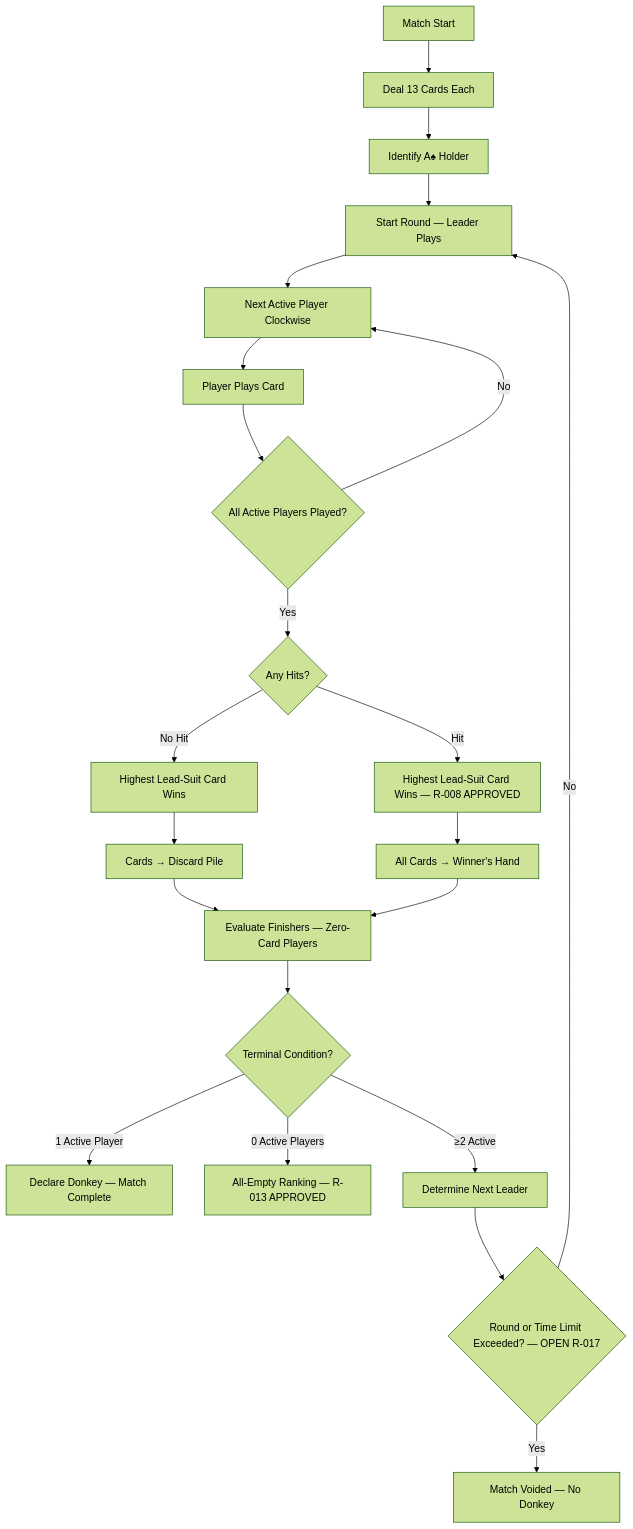
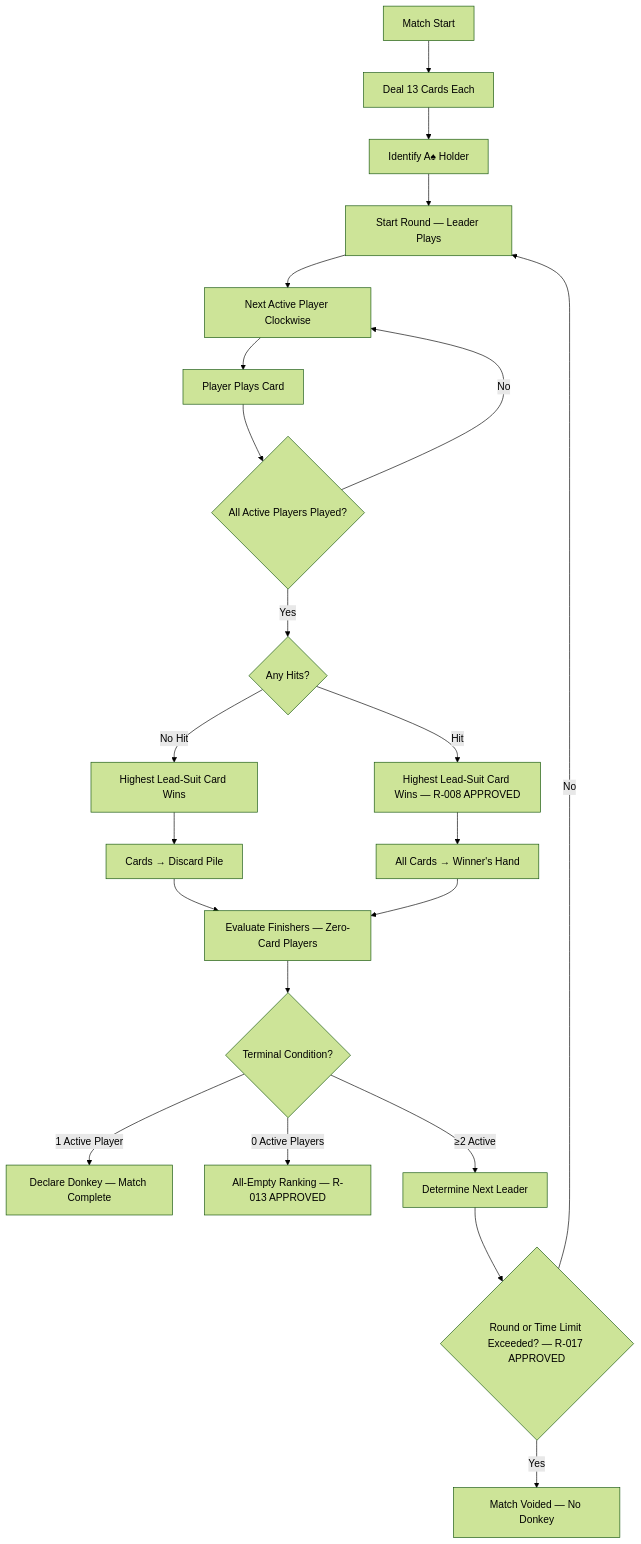
Before and after one commit to vishnumkumar/donkey-multiplayer: the diagram in docs/03-canonical-ruleset-v1-draft.md, drawn with Mermaid (forest theme). The commit also changed other lines of this file and 8 other files, not shown here.

````diff
--- a/docs/03-canonical-ruleset-v1-draft.md
+++ b/docs/03-canonical-ruleset-v1-draft.md
@@ -915,31 +911,31 @@
 ```mermaid
 flowchart TD
     START[Match Start] --> DEAL[Deal 13 Cards Each]
     DEAL --> FIND_AS[Identify A♠ Holder]
     FIND_AS --> ROUND_START[Start Round — Leader Plays]
     
     ROUND_START --> NEXT_PLAYER[Next Active Player Clockwise]
     NEXT_PLAYER --> PLAY[Player Plays Card]
     PLAY --> CHECK_COMPLETE{All Active Players Played?}
     CHECK_COMPLETE -->|No| NEXT_PLAYER
     CHECK_COMPLETE -->|Yes| RESOLVE{Any Hits?}
     
     RESOLVE -->|No Hit| NO_HIT[Highest Lead-Suit Card Wins]
     NO_HIT --> DISCARD[Cards → Discard Pile]
     
     RESOLVE -->|Hit| HIT_WIN[Highest Lead-Suit Card Wins — R-008 APPROVED]
     HIT_WIN --> COLLECT[All Cards → Winner's Hand]
     
     DISCARD --> EVAL_FINISH[Evaluate Finishers — Zero-Card Players]
     COLLECT --> EVAL_FINISH
     
     EVAL_FINISH --> CHECK_TERMINAL{Terminal Condition?}
     
     CHECK_TERMINAL -->|1 Active Player| DONKEY[Declare Donkey — Match Complete]
     CHECK_TERMINAL -->|0 Active Players| ALLEMPTY[All-Empty Ranking — R-013 APPROVED]
     CHECK_TERMINAL -->|≥2 Active| NEXT_LEADER[Determine Next Leader]
     
-    NEXT_LEADER --> WATCHDOG{Round or Time Limit Exceeded? — OPEN R-017}
+    NEXT_LEADER --> WATCHDOG{Round or Time Limit Exceeded? — R-017 APPROVED}
     WATCHDOG -->|Yes| VOID[Match Voided — No Donkey]
     WATCHDOG -->|No| ROUND_START
 ```
````
